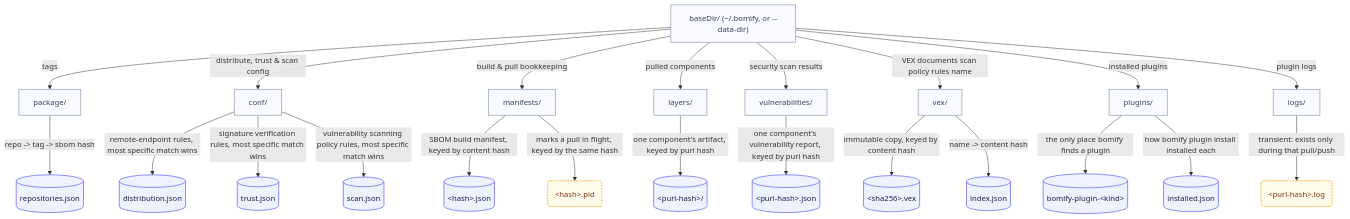
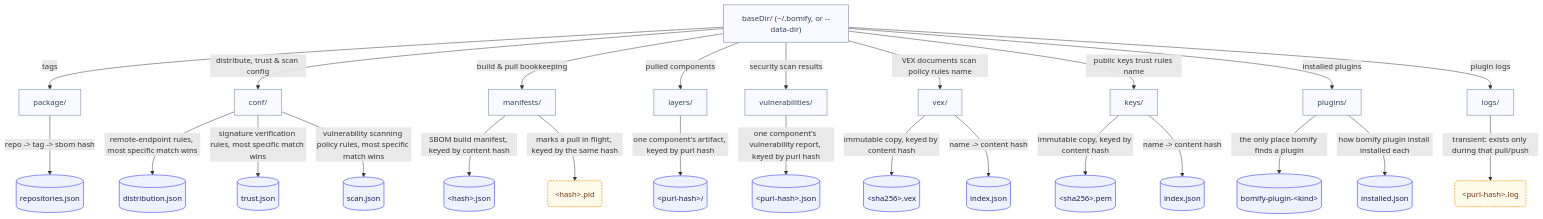
One commit to alejandro-velasco/bomify changed the diagram in docs/diagrams/data-directory.mmd. Above: the diagram before and after it, drawn with Mermaid. The commit also changed 26 other files, not shown here.

First line of the commit message:
feat: implement named content-addressed store for keys and VEX documents

```diff
--- a/docs/diagrams/data-directory.mmd
+++ b/docs/diagrams/data-directory.mmd
@@ -1,39 +1,43 @@
 flowchart TD
     classDef dir fill:#F8FAFF,stroke:#94A3B8,stroke-width:1.5px,color:#334155
     classDef store fill:#EEF2FF,stroke:#6366F1,stroke-width:1.5px,color:#1e1b4b
     classDef transient fill:#FFFBEB,stroke:#F59E0B,stroke-width:1.5px,stroke-dasharray:4 2,color:#78350f
 
     Root["baseDir/ (~/.bomify, or --data-dir)"]
 
     Root -->|"tags"| Package["package/"]
     Package -->|"repo -&gt; tag -&gt; sbom hash"| Repos[("repositories.json")]
 
     Root -->|"distribute, trust & scan config"| Conf["conf/"]
     Conf -->|"remote-endpoint rules, most specific match wins"| DistConfig[("distribution.json")]
     Conf -->|"signature verification rules, most specific match wins"| TrustConfig[("trust.json")]
     Conf -->|"vulnerability scanning policy rules, most specific match wins"| ScanConfig[("scan.json")]
 
     Root -->|"build & pull bookkeeping"| Manifests["manifests/"]
     Manifests -->|"SBOM build manifest, keyed by content hash"| ManifestFile[("&lt;hash&gt;.json")]
     Manifests -->|"marks a pull in flight, keyed by the same hash"| PidFile("&lt;hash&gt;.pid")
 
     Root -->|"pulled components"| Layers["layers/"]
     Layers -->|"one component's artifact, keyed by purl hash"| LayerDir[("&lt;purl-hash&gt;/")]
 
     Root -->|"security scan results"| Vulns["vulnerabilities/"]
     Vulns -->|"one component's vulnerability report, keyed by purl hash"| ReportFile[("&lt;purl-hash&gt;.json")]
 
     Root -->|"VEX documents scan policy rules name"| VEX["vex/"]
     VEX -->|"immutable copy, keyed by content hash"| VEXFile[("&lt;sha256&gt;.vex")]
     VEX -->|"name -&gt; content hash"| VEXIndex[("index.json")]
 
+    Root -->|"public keys trust rules name"| Keys["keys/"]
+    Keys -->|"immutable copy, keyed by content hash"| KeyFile[("&lt;sha256&gt;.pem")]
+    Keys -->|"name -&gt; content hash"| KeyIndex[("index.json")]
+
     Root -->|"installed plugins"| Plugins["plugins/"]
     Plugins -->|"the only place bomify finds a plugin"| PluginBin[("bomify-plugin-&lt;kind&gt;")]
     Plugins -->|"how bomify plugin install installed each"| PluginIndex[("installed.json")]
 
     Root -->|"plugin logs"| Logs["logs/"]
     Logs -->|"transient: exists only during that pull/push"| LogFile("&lt;purl-hash&gt;.log")
 
-    class Root,Package,Conf,Manifests,Layers,Vulns,VEX,Plugins,Logs dir
-    class Repos,DistConfig,TrustConfig,ScanConfig,ManifestFile,LayerDir,ReportFile,VEXFile,VEXIndex,PluginBin,PluginIndex store
+    class Root,Package,Conf,Manifests,Layers,Vulns,VEX,Keys,Plugins,Logs dir
+    class Repos,DistConfig,TrustConfig,ScanConfig,ManifestFile,LayerDir,ReportFile,VEXFile,VEXIndex,KeyFile,KeyIndex,PluginBin,PluginIndex store
     class PidFile,LogFile transient
```
